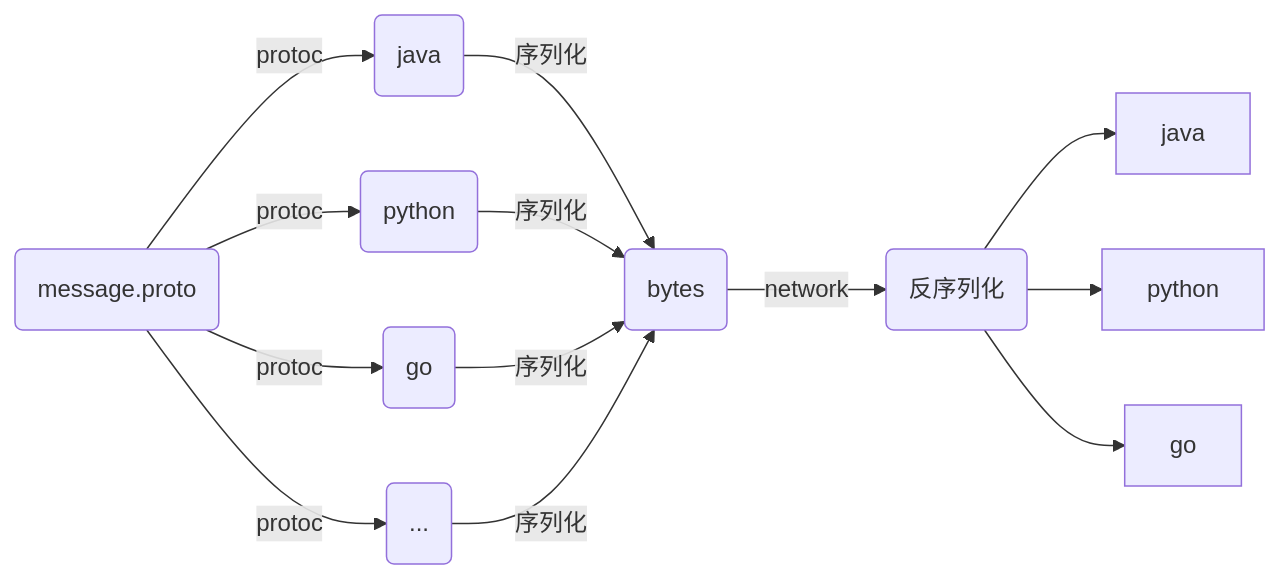
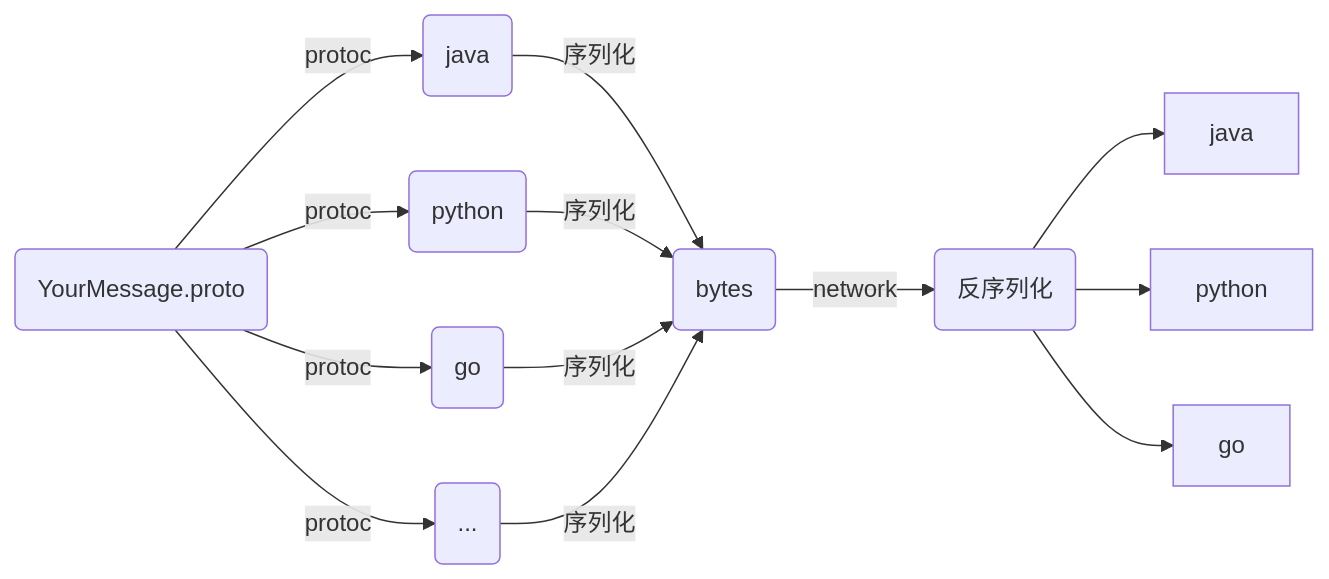
The diagram in serialization/protobuf.md (coveyliu/tech-docs), drawn with Mermaid before and after one commit. The commit also changed other lines of this file, not shown here.

````diff
--- a/serialization/protobuf.md
+++ b/serialization/protobuf.md
@@ -36,15 +36,15 @@
 ```mermaid
 graph LR;
-	P(message.proto) --protoc--> j;
+	P(YourMessage.proto) --protoc--> j;
 	P --protoc--> p;
 	P --protoc--> g;
 	P --protoc--> o;
     j(java)--序列化-->A(bytes);
     p(python)--序列化-->A;
     g(go)--序列化-->A;
     o(...)--序列化-->A;
     A --network--> D(反序列化);
     D --> java;
     D --> python;
     D --> go;
 ```
````
